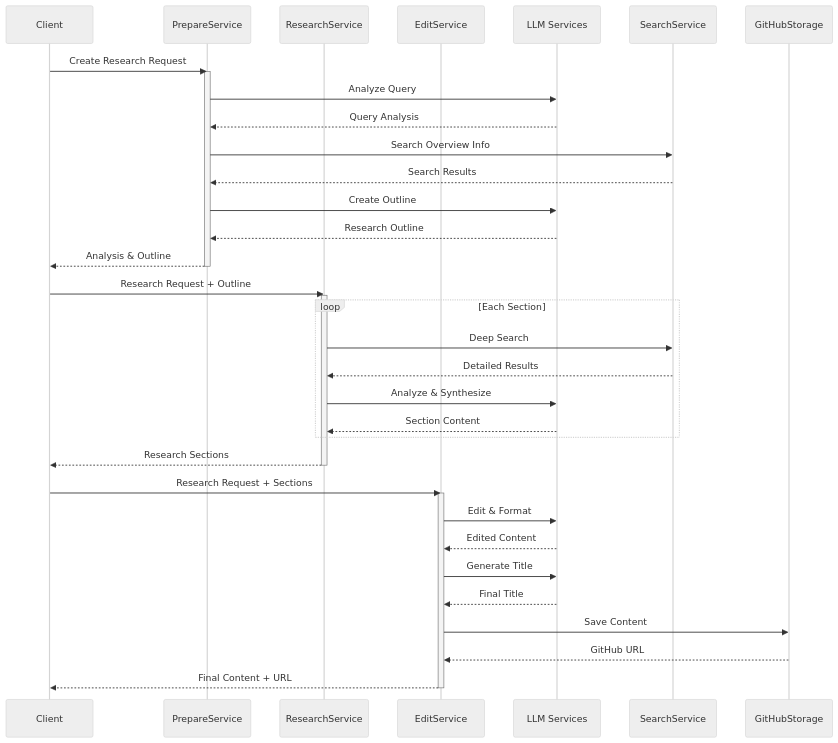
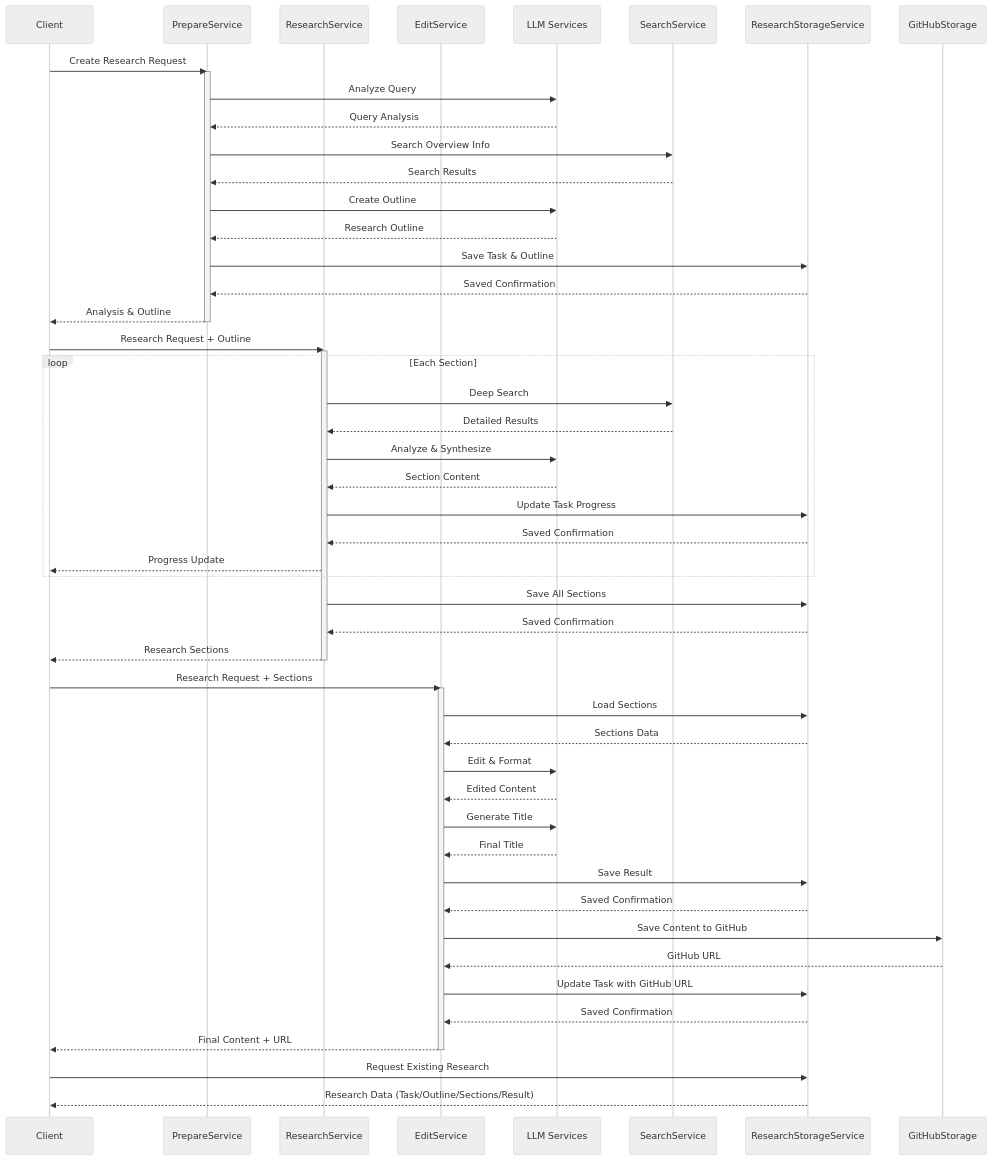
Before and after one commit to phuc-nt/deep-research-agent-python: the diagram in README.md, drawn with Mermaid (neutral theme). The commit also changed other lines of this file, not shown here.

Commit message:
Cập nhật tài liệu: Bổ sung thông tin sequence diagram và API, mô tả chi tiết về lưu trữ dữ liệu

````diff
--- a/README.md
+++ b/README.md
@@ -15,47 +19,65 @@
 ```mermaid
 sequenceDiagram
     participant C as Client
     participant P as PrepareService
     participant R as ResearchService
     participant E as EditService
     participant LLM as LLM Services
     participant S as SearchService
+    participant RS as ResearchStorageService
     participant G as GitHubStorage
 
     C->>P: Create Research Request
     
     %% Prepare Phase
     activate P
     P->>LLM: Analyze Query
     LLM-->>P: Query Analysis
     P->>S: Search Overview Info
     S-->>P: Search Results
     P->>LLM: Create Outline
     LLM-->>P: Research Outline
+    P->>RS: Save Task & Outline
+    RS-->>P: Saved Confirmation
     P-->>C: Analysis & Outline
     deactivate P
     
     %% Research Phase
     C->>R: Research Request + Outline
     activate R
     loop Each Section
         R->>S: Deep Search
         S-->>R: Detailed Results
         R->>LLM: Analyze & Synthesize
         LLM-->>R: Section Content
+        R->>RS: Update Task Progress
+        RS-->>R: Saved Confirmation
+        R-->>C: Progress Update
     end
+    R->>RS: Save All Sections
+    RS-->>R: Saved Confirmation
     R-->>C: Research Sections
     deactivate R
     
     %% Edit Phase
     C->>E: Research Request + Sections
     activate E
+    E->>RS: Load Sections
+    RS-->>E: Sections Data
     E->>LLM: Edit & Format
     LLM-->>E: Edited Content
     E->>LLM: Generate Title
     LLM-->>E: Final Title
-    E->>G: Save Content
+    E->>RS: Save Result
+    RS-->>E: Saved Confirmation
+    E->>G: Save Content to GitHub
     G-->>E: GitHub URL
+    E->>RS: Update Task with GitHub URL
+    RS-->>E: Saved Confirmation
     E-->>C: Final Content + URL
     deactivate E
+
+    %% Load Existing Research
+    C->>RS: Request Existing Research
+    RS-->>C: Research Data (Task/Outline/Sections/Result)
 ```
````
